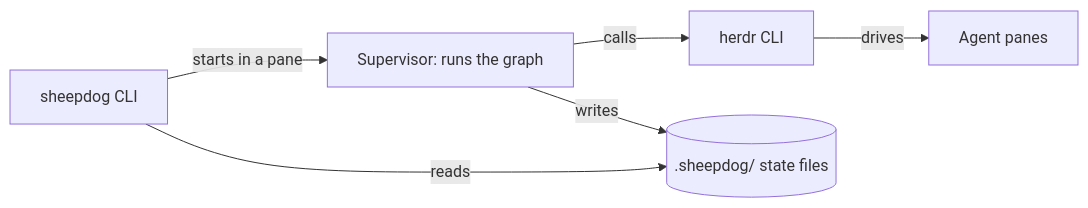
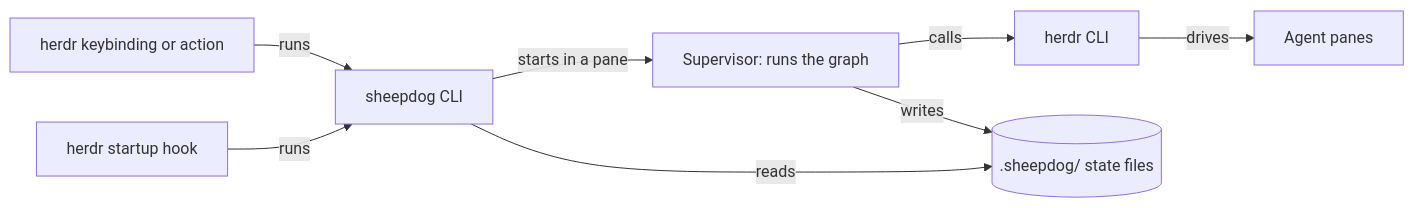
Before and after one commit to SheaHawkins/sheepdog: the diagram in SPEC.md, drawn with Mermaid. The commit also changed other lines of this file, not shown here.

First line of the commit message:
docs(spec): ship sheepdog as a herdr plugin (#7)

````diff
--- a/SPEC.md
+++ b/SPEC.md
@@ -45,8 +47,10 @@
 ```mermaid
 flowchart LR
-  cli[sheepdog CLI] -->|starts in a pane| sup[Supervisor: runs the graph]
+  keys[herdr keybinding or action] -->|runs| cli[sheepdog CLI]
+  startup[herdr startup hook] -->|runs| cli
+  cli -->|starts in a pane| sup[Supervisor: runs the graph]
   sup -->|calls| herdr[herdr CLI]
   herdr -->|drives| agents[Agent panes]
   cli -->|reads| state[(.sheepdog/ state files)]
   sup -->|writes| state
 ```
````
